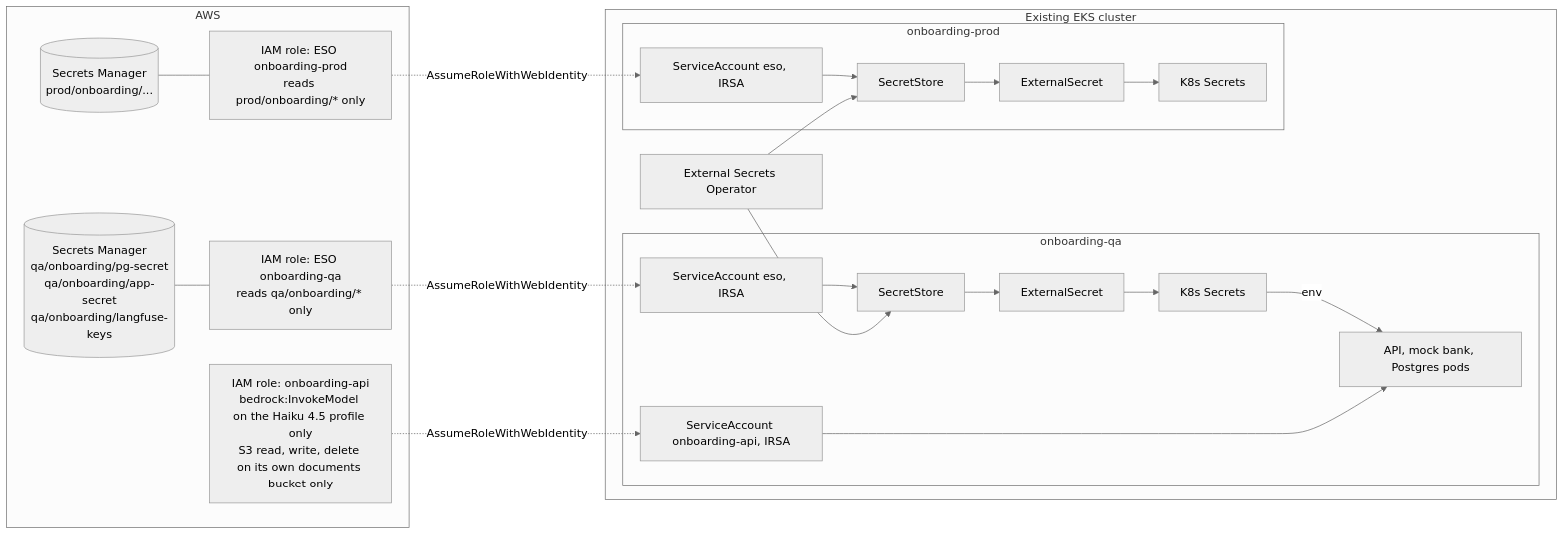
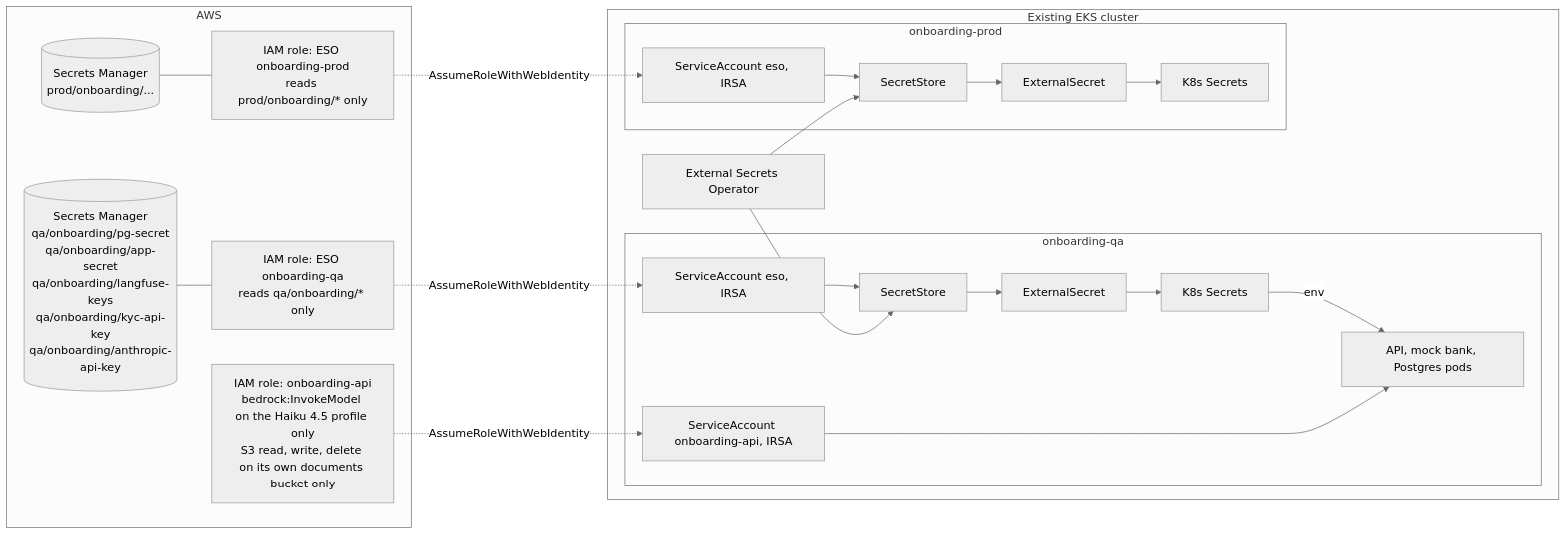
The third of 7 diagrams in README.md (meetbrij/client-onboarding-ai-agent), drawn with Mermaid (neutral theme) before and after one commit. The commit also changed other lines of this file and 4 other files, not shown here.

````diff
--- a/README.md
+++ b/README.md
@@ -166,28 +166,28 @@
 ```mermaid
 flowchart LR
     subgraph AWS[AWS]
-        SMQ[(Secrets Manager<br/>qa/onboarding/pg-secret<br/>qa/onboarding/app-secret<br/>qa/onboarding/langfuse-keys)]
+        SMQ[(Secrets Manager<br/>qa/onboarding/pg-secret<br/>qa/onboarding/app-secret<br/>qa/onboarding/langfuse-keys<br/>qa/onboarding/kyc-api-key<br/>qa/onboarding/anthropic-api-key)]
         SMP[(Secrets Manager<br/>prod/onboarding/...)]
         IAMQ[IAM role: ESO onboarding-qa<br/>reads qa/onboarding/* only]
         IAMP[IAM role: ESO onboarding-prod<br/>reads prod/onboarding/* only]
         IAMB[IAM role: onboarding-api<br/>bedrock:InvokeModel on the Haiku 4.5 profile only<br/>S3 read, write, delete on its own documents bucket only]
         SMQ --- IAMQ
         SMP --- IAMP
     end
     subgraph K8S[Existing EKS cluster]
         ESO[External Secrets Operator]
         subgraph QA[onboarding-qa]
             SAQ[ServiceAccount eso, IRSA] --> SSQ[SecretStore] --> ESQ[ExternalSecret] --> KSQ[K8s Secrets]
             KSQ -->|env| PODSQ[API, mock bank, Postgres pods]
             SAA[ServiceAccount onboarding-api, IRSA] --> PODSQ
         end
         subgraph PROD[onboarding-prod]
             SAP[ServiceAccount eso, IRSA] --> SSP[SecretStore] --> ESP[ExternalSecret] --> KSP[K8s Secrets]
         end
         ESO --> SSQ
         ESO --> SSP
     end
     IAMQ -. AssumeRoleWithWebIdentity .-> SAQ
     IAMP -. AssumeRoleWithWebIdentity .-> SAP
     IAMB -. AssumeRoleWithWebIdentity .-> SAA
 ```
````
